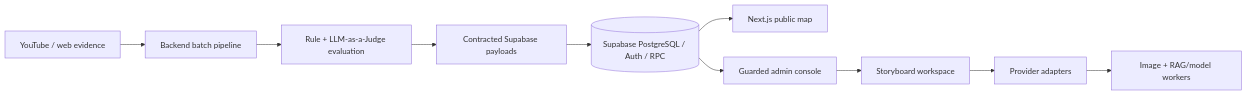
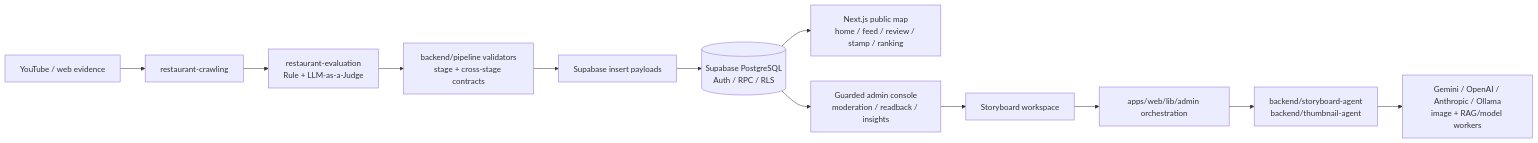
One commit to twoimo/tzudong changed the diagram in README.md. Above: the diagram before and after it, drawn with Mermaid. The commit also changed other lines of this file and 1 other file, not shown here.

Commit message:
docs: expand architecture overview

````diff
--- a/README.md
+++ b/README.md
@@ -88,12 +102,14 @@
 ```mermaid
 flowchart LR
-  YouTube[YouTube / web evidence] --> Backend[Backend batch pipeline]
-  Backend --> Eval[Rule + LLM-as-a-Judge evaluation]
-  Eval --> Transform[Contracted Supabase payloads]
-  Transform --> Supabase[(Supabase PostgreSQL / Auth / RPC)]
-  Supabase --> Web[Next.js public map]
-  Supabase --> Admin[Guarded admin console]
+  Evidence[YouTube / web evidence] --> Crawl[restaurant-crawling]
+  Crawl --> Eval[restaurant-evaluation<br/>Rule + LLM-as-a-Judge]
+  Eval --> Validate[backend/pipeline validators<br/>stage + cross-stage contracts]
+  Validate --> Transform[Supabase insert payloads]
+  Transform --> DB[(Supabase PostgreSQL<br/>Auth / RPC / RLS)]
+  DB --> Public[Next.js public map<br/>home / feed / review / stamp / ranking]
+  DB --> Admin[Guarded admin console<br/>moderation / readback / insights]
   Admin --> Storyboard[Storyboard workspace]
-  Storyboard --> Providers[Provider adapters]
-  Providers --> ImageModel[Image + RAG/model workers]
+  Storyboard --> Orchestrator[apps/web/lib/admin orchestration]
+  Orchestrator --> Agents[backend/storyboard-agent<br/>backend/thumbnail-agent]
+  Agents --> Providers[Gemini / OpenAI / Anthropic / Ollama<br/>image + RAG/model workers]
 ```
````
